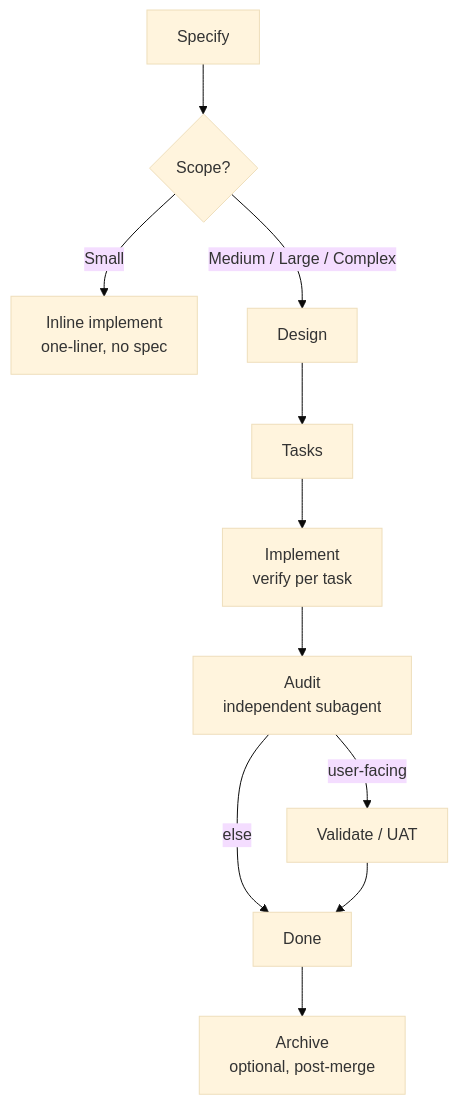
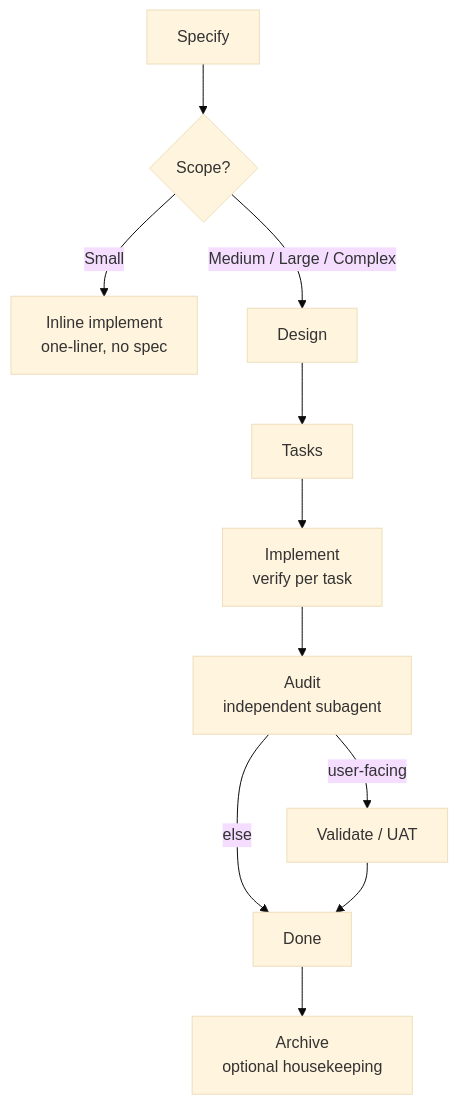
One commit to adeonir/agent-skills changed the diagram in skills/engineering/spec-driven/README.md. Above: the diagram before and after it, drawn with Mermaid (base theme). The commit also changed other lines of this file and 5 other files, not shown here.

````diff
--- a/skills/engineering/spec-driven/README.md
+++ b/skills/engineering/spec-driven/README.md
@@ -9,13 +9,13 @@
 ```mermaid
 flowchart TD
     A[Specify] --> B{Scope?}
     B -->|Small| S[Inline implement<br/>one-liner, no spec]
     B -->|Medium / Large / Complex| D[Design]
     D --> T[Tasks]
     T --> I[Implement<br/>verify per task]
     I --> AU[Audit<br/>independent subagent]
     AU -->|user-facing| V[Validate / UAT]
     AU -->|else| DN[Done]
     V --> DN
-    DN --> AR[Archive<br/>optional, post-merge]
+    DN --> AR[Archive<br/>optional housekeeping]
 ```
````
